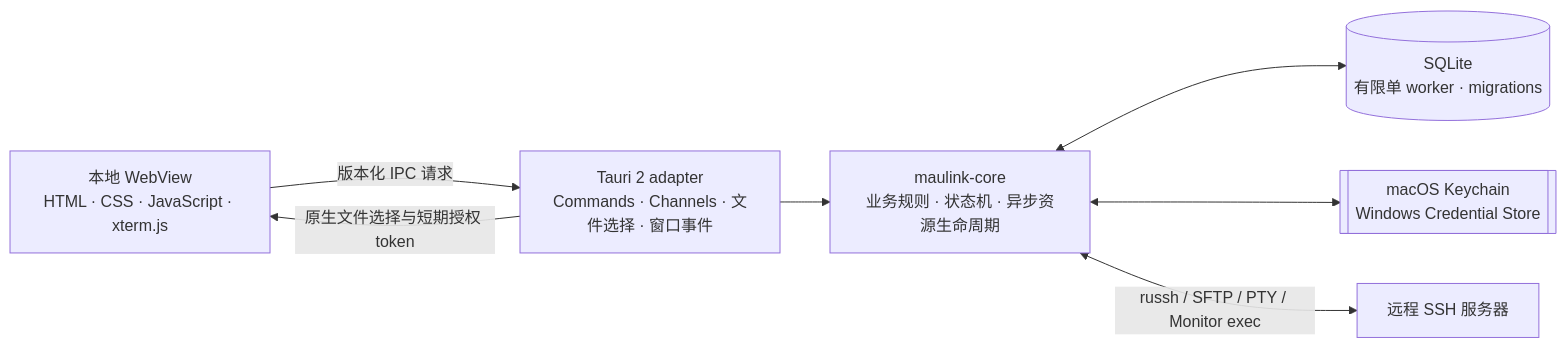
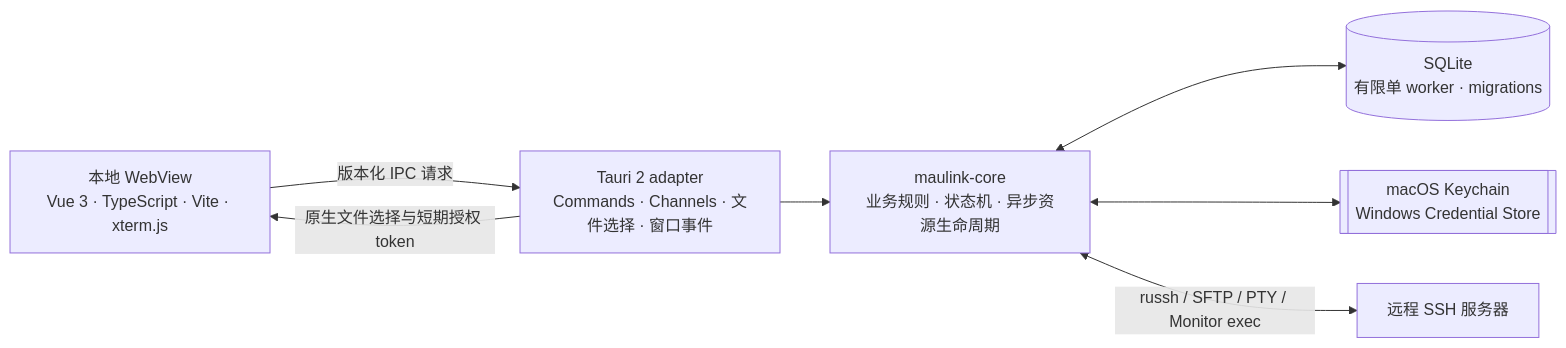
Before and after one commit to MauriceLiang/MauLink: the diagram in README.md, drawn with Mermaid. The commit also changed other lines of this file and 160 other files, not shown here.

````diff
--- a/README.md
+++ b/README.md
@@ -28,16 +28,16 @@
 ```mermaid
 flowchart LR
-    UI[本地 WebView<br/>HTML · CSS · JavaScript · xterm.js]
+    UI[本地 WebView<br/>Vue 3 · TypeScript · Vite · xterm.js]
     Tauri[Tauri 2 adapter<br/>Commands · Channels · 文件选择 · 窗口事件]
     Core[maulink-core<br/>业务规则 · 状态机 · 异步资源生命周期]
     DB[(SQLite<br/>有限单 worker · migrations)]
     Keychain[[macOS Keychain<br/>Windows Credential Store]]
     Remote[远程 SSH 服务器]
 
     UI -->|版本化 IPC 请求| Tauri
     Tauri --> Core
     Core <--> DB
     Core <--> Keychain
     Core <-->|russh / SFTP / PTY / Monitor exec| Remote
     Tauri -->|原生文件选择与短期授权 token| UI
 ```
````
